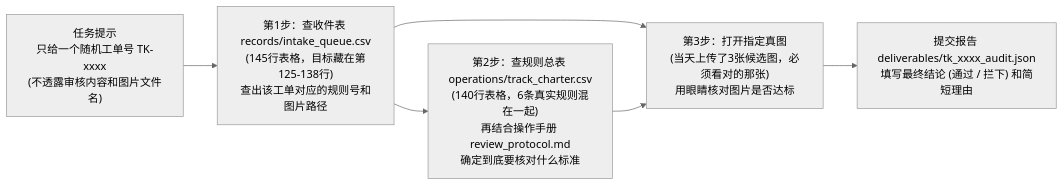
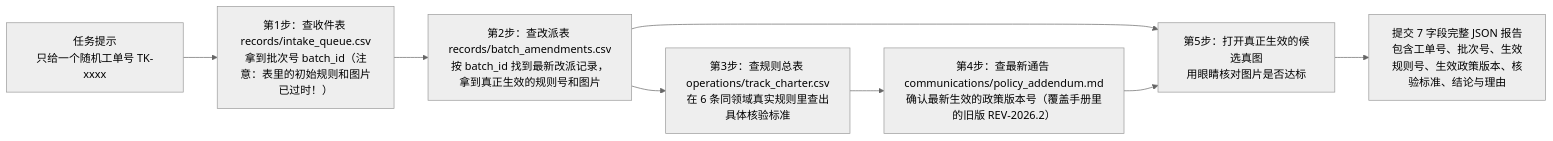
One commit to wei-cell12/dataset changed the diagram in DATASET_INTRODUCTION.md. Above: the diagram before and after it, drawn with Mermaid (neutral theme). The commit also changed other lines of this file and 2769 other files, not shown here.

````diff
--- a/DATASET_INTRODUCTION.md
+++ b/DATASET_INTRODUCTION.md
@@ -78,8 +78,10 @@
 ```mermaid
 flowchart LR
-    P["任务提示<br/>只给一个随机工单号 TK-xxxx<br/>(不透露审核内容和图片文件名)"] --> H1["第1步：查收件表 records/intake_queue.csv<br/>(145行表格，目标藏在第125-138行)<br/>查出该工单对应的规则号和图片路径"]
-    H1 --> H2["第2步：查规则总表 operations/track_charter.csv<br/>(140行表格，6条真实规则混在一起)<br/>再结合操作手册 review_protocol.md<br/>确定到底要核对什么标准"]
-    H1 --> H3["第3步：打开指定真图<br/>(当天上传了3张候选图，必须看对的那张)<br/>用眼睛核对图片是否达标"]
-    H2 --> H3
-    H3 --> D["提交报告 deliverables/tk_xxxx_audit.json<br/>填写最终结论 (通过 / 拦下) 和简短理由"]
+    P["任务提示<br/>只给一个随机工单号 TK-xxxx"] --> H1["第1步：查收件表 records/intake_queue.csv<br/>拿到批次号 batch_id（注意：表里的初始规则和图片已过时！）"]
+    H1 --> H2["第2步：查改派表 records/batch_amendments.csv<br/>按 batch_id 找到最新改派记录，拿到真正生效的规则号和图片"]
+    H2 --> H3["第3步：查规则总表 operations/track_charter.csv<br/>在 6 条同领域真实规则里查出具体核验标准"]
+    H3 --> H4["第4步：查最新通告 communications/policy_addendum.md<br/>确认最新生效的政策版本号（覆盖手册里的旧版 REV-2026.2）"]
+    H2 --> H5["第5步：打开真正生效的候选真图<br/>用眼睛核对图片是否达标"]
+    H4 --> H5
+    H5 --> D["提交 7 字段完整 JSON 报告<br/>包含工单号、批次号、生效规则号、生效政策版本、核验标准、结论与理由"]
 ```
````
